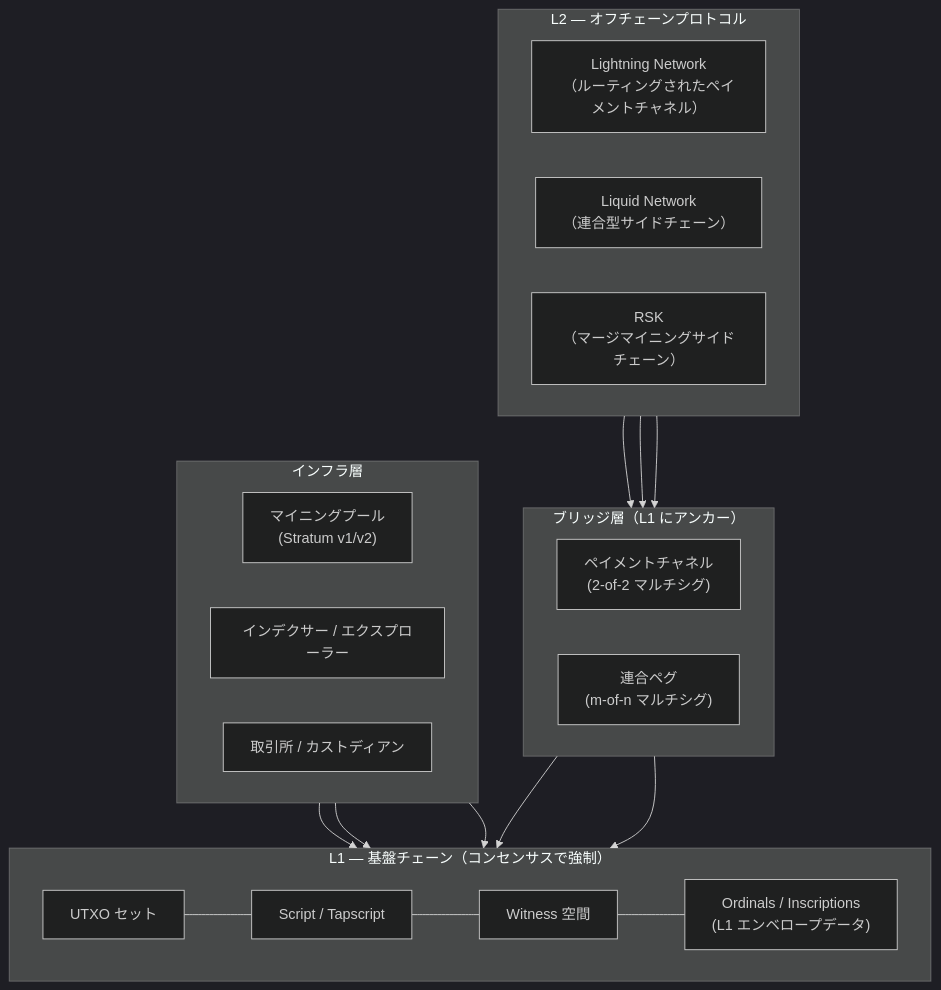
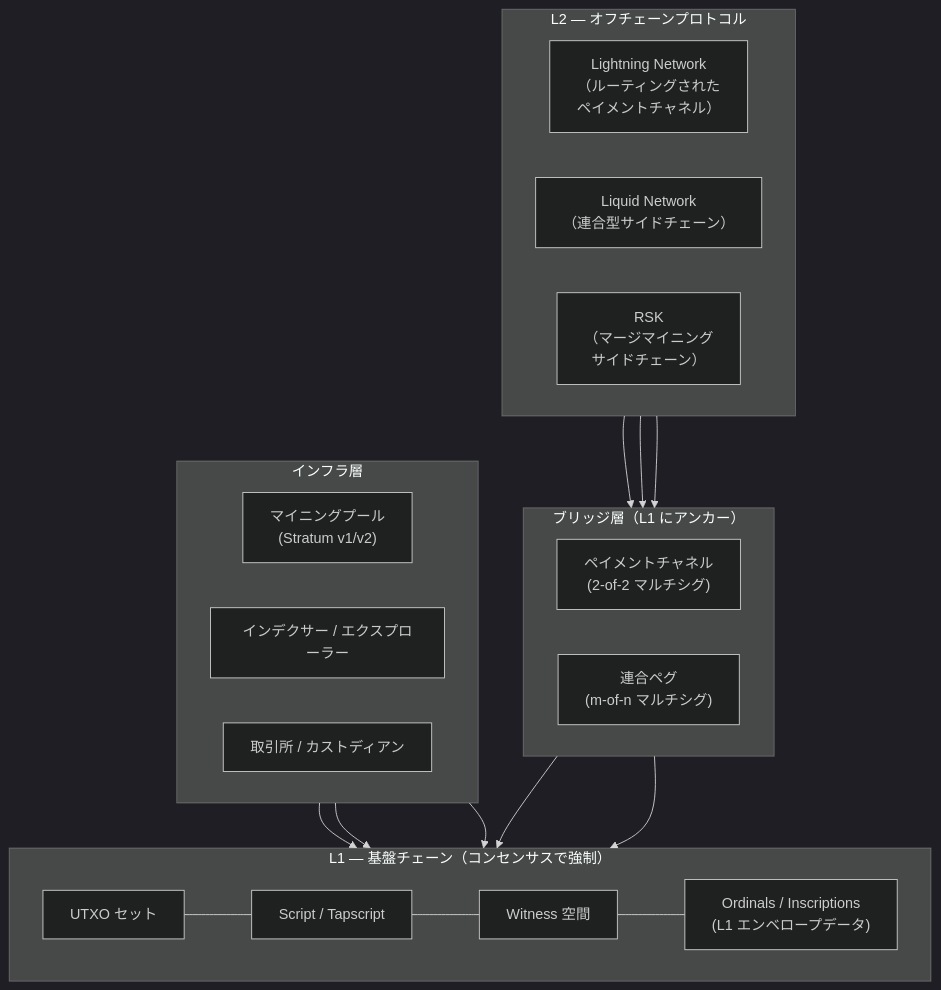
One commit to cypher256/BitcoinArchive changed the first of 6 diagrams in src/data/translations/ja/design/2009-01-03-bitcoin-ecosystem-design.md. Above: the diagram before and after it, drawn with Mermaid (dark theme). The commit also changed other lines of this file and 11 other files, not shown here.

First line of the commit message:
JA Mermaid labels: wrap long CJK labels (mermaid-ja-wrap, 12 design docs)

````diff
--- a/src/data/translations/ja/design/2009-01-03-bitcoin-ecosystem-design.md
+++ b/src/data/translations/ja/design/2009-01-03-bitcoin-ecosystem-design.md
@@ -44,45 +44,45 @@
 ```mermaid
 graph TB
     subgraph L1["L1 — 基盤チェーン（コンセンサスで強制）"]
         direction LR
         UTXO["UTXO セット"]
         SCRIPT["Script / Tapscript"]
         WITNESS["Witness 空間"]
         ORD["Ordinals / Inscriptions<br/>(L1 エンベロープデータ)"]
     end
 
     subgraph BRIDGE["ブリッジ層（L1 にアンカー）"]
         direction LR
         CHAN["ペイメントチャネル<br/>(2-of-2 マルチシグ)"]
         PEG["連合ペグ<br/>(m-of-n マルチシグ)"]
     end
 
     subgraph L2["L2 — オフチェーンプロトコル"]
         direction LR
-        LN["Lightning Network<br/>（ルーティングされたペイメントチャネル）"]
+        LN["Lightning Network<br/>（ルーティングされた<br/>ペイメントチャネル）"]
         LIQUID["Liquid Network<br/>（連合型サイドチェーン）"]
-        RSK["RSK<br/>（マージマイニングサイドチェーン）"]
+        RSK["RSK<br/>（マージマイニング<br/>サイドチェーン）"]
     end
 
     subgraph INFRA["インフラ層"]
         direction LR
         POOL["マイニングプール<br/>(Stratum v1/v2)"]
         INDEX["インデクサー / エクスプローラー"]
         EXCHANGE["取引所 / カストディアン"]
     end
 
     UTXO --- SCRIPT
     SCRIPT --- WITNESS
     WITNESS --- ORD
 
     CHAN --> UTXO
     PEG --> UTXO
 
     LN --> CHAN
     LIQUID --> PEG
     RSK --> PEG
 
     POOL --> L1
     INDEX --> L1
     EXCHANGE --> L1
 ```
````
